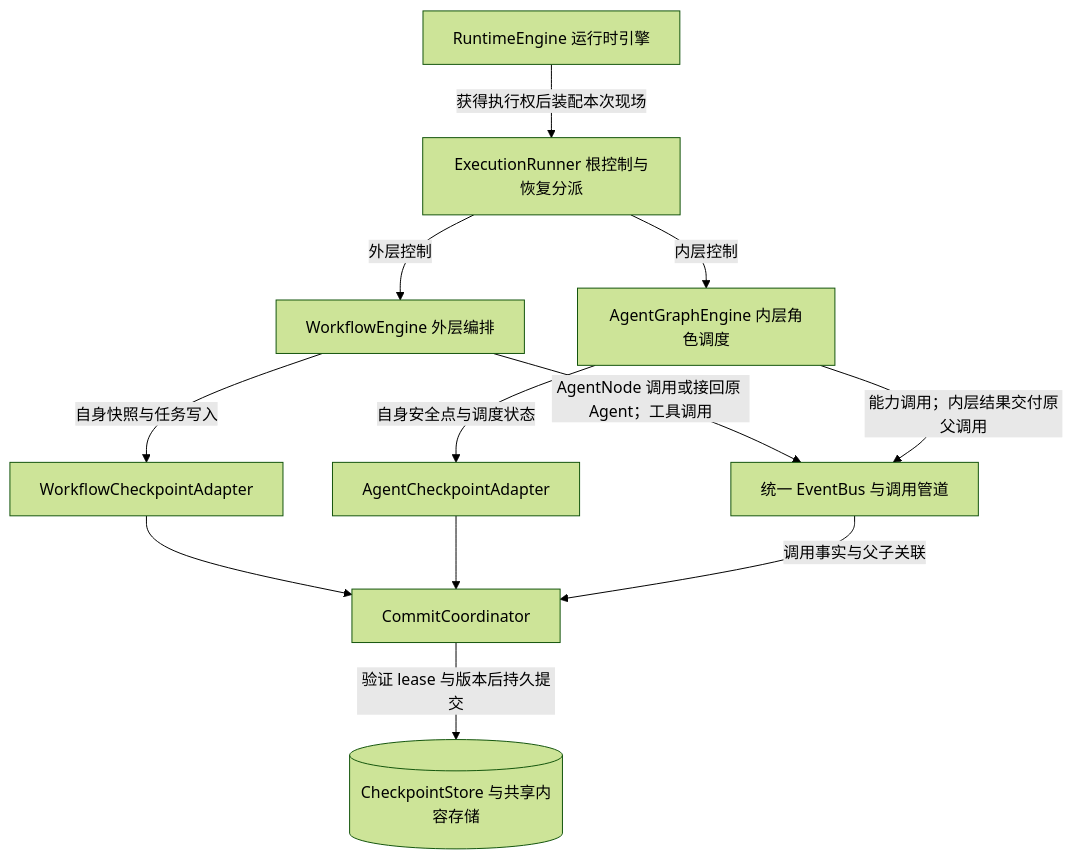
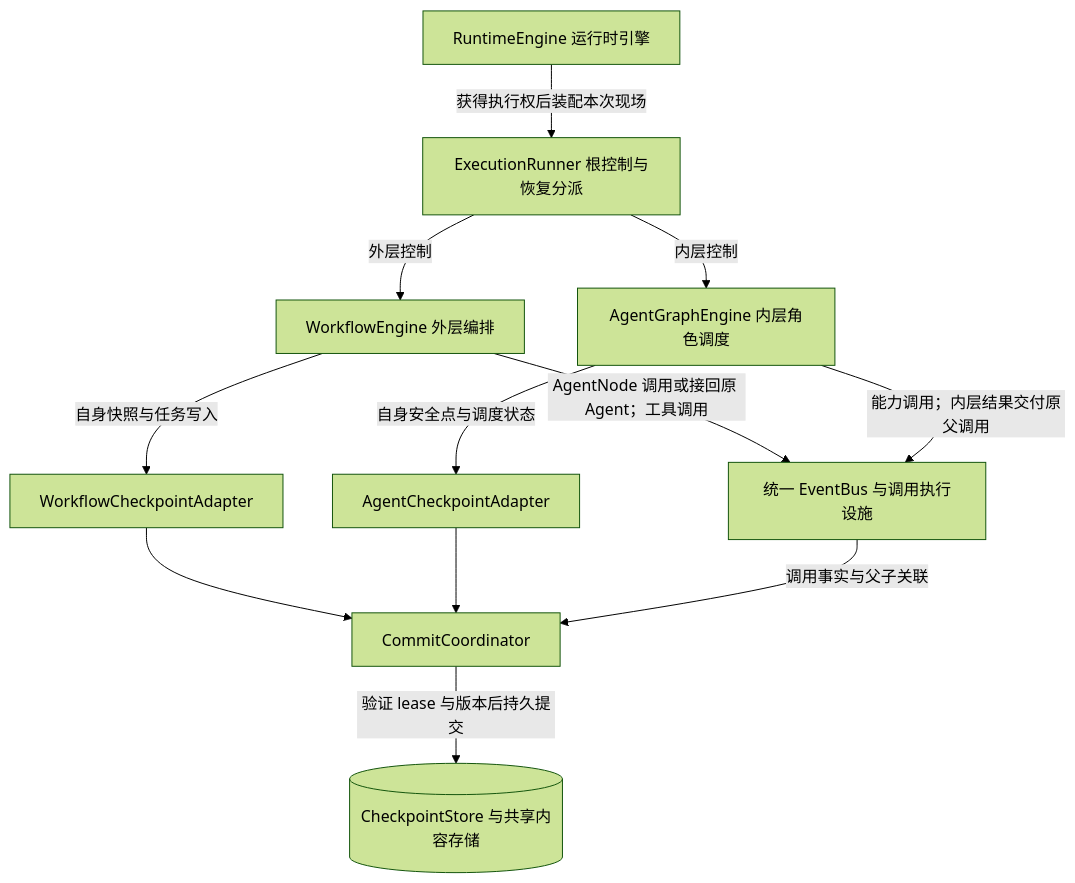
Before and after one commit to dujian0068/agent-loom: the second of 2 diagrams in docs/sdk/workflow.md, drawn with Mermaid (forest theme). The commit also changed other lines of this file and 15 other files, not shown here.

````diff
--- a/docs/sdk/workflow.md
+++ b/docs/sdk/workflow.md
@@ -50,23 +50,23 @@
 ```mermaid
 flowchart TB
     H[RuntimeEngine 运行时引擎]
     R[ExecutionRunner 根控制与恢复分派]
     W[WorkflowEngine 外层编排]
     A[AgentGraphEngine 内层角色调度]
-    P[统一 EventBus 与调用管道]
+    P[统一 EventBus 与调用执行设施]
     WS[WorkflowCheckpointAdapter]
     AS[AgentCheckpointAdapter]
     C[CommitCoordinator]
     S[(CheckpointStore 与共享内容存储)]
     H -->|获得执行权后装配本次现场| R
     R -->|外层控制| W
     R -->|内层控制| A
     W -->|AgentNode 调用或接回原 Agent；工具调用| P
     A -->|能力调用；内层结果交付原父调用| P
     W -->|自身快照与任务写入| WS
     A -->|自身安全点与调度状态| AS
     WS --> C
     AS --> C
     P -->|调用事实与父子关联| C
     C -->|验证 lease 与版本后持久提交| S
 ```
````
